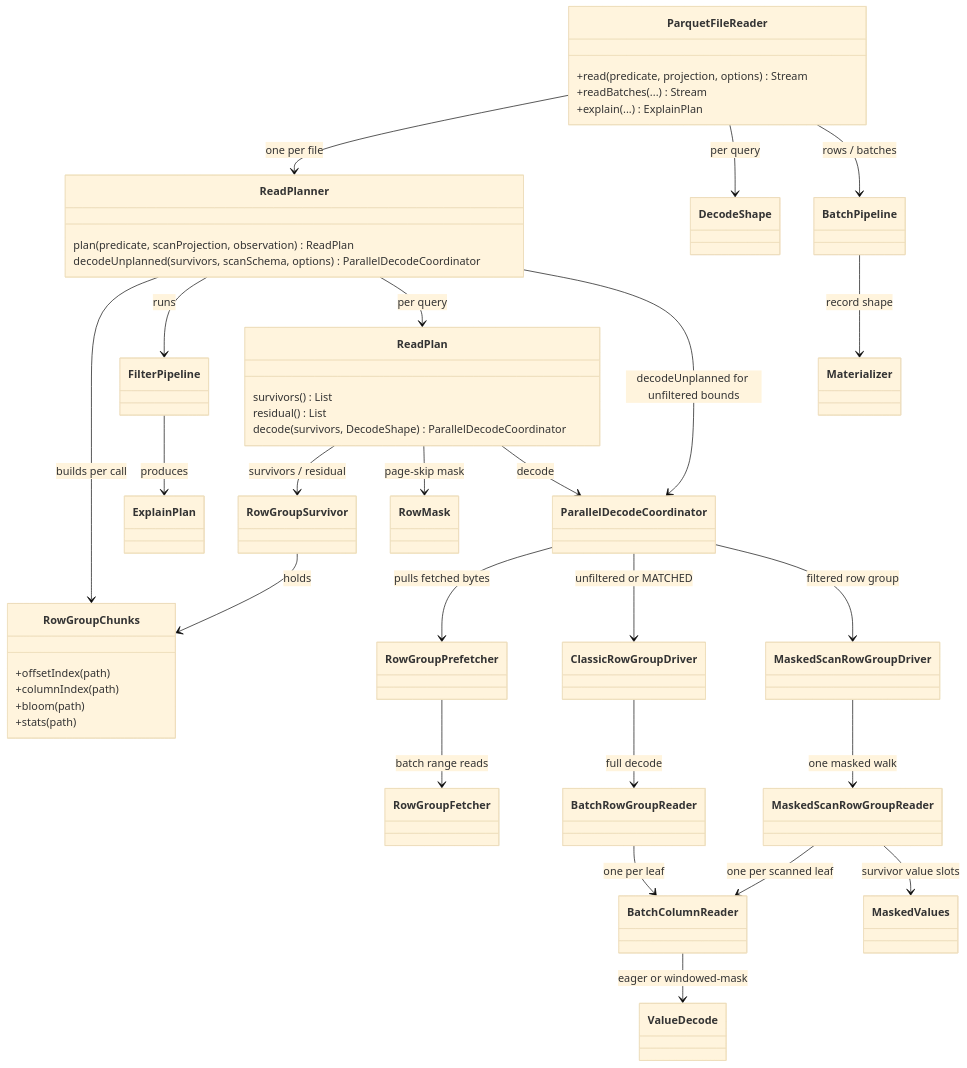
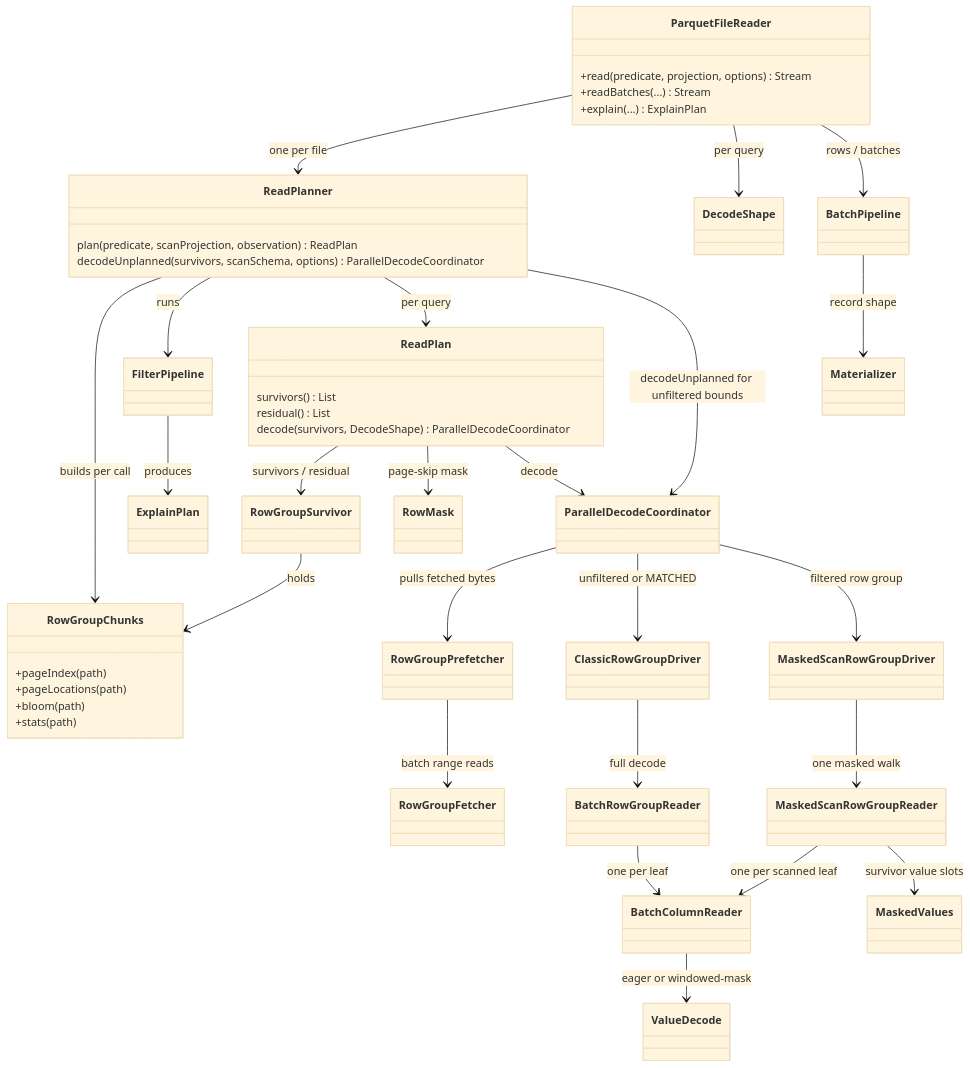
The seventh of 7 diagrams in docs/read-path.md (tileverse-io/parquetry), drawn with Mermaid (base theme) before and after one commit. The commit also changed other lines of this file and 38 other files, not shown here.

First line of the commit message:
feat: prune pages of a file without a page index from its second read

````diff
--- a/docs/read-path.md
+++ b/docs/read-path.md
@@ -351,64 +422,64 @@
 ```mermaid
 classDiagram
     class ParquetFileReader {
         +read(predicate, projection, options) Stream
         +readBatches(...) Stream
         +explain(...) ExplainPlan
     }
     class ReadPlanner {
         plan(predicate, scanProjection, observation) ReadPlan
         decodeUnplanned(survivors, scanSchema, options) ParallelDecodeCoordinator
     }
     class ReadPlan {
         survivors() List
         residual() List
         decode(survivors, DecodeShape) ParallelDecodeCoordinator
     }
     class DecodeShape
     class RowGroupChunks {
-        +offsetIndex(path)
-        +columnIndex(path)
+        +pageIndex(path)
+        +pageLocations(path)
         +bloom(path)
         +stats(path)
     }
     class FilterPipeline
     class ExplainPlan
     class RowGroupSurvivor
     class RowMask
     class ParallelDecodeCoordinator
     class RowGroupPrefetcher
     class RowGroupFetcher
     class ClassicRowGroupDriver
     class MaskedScanRowGroupDriver
     class BatchRowGroupReader
     class MaskedScanRowGroupReader
     class BatchColumnReader
     class ValueDecode
     class MaskedValues
     class BatchPipeline
     class Materializer
 
     ParquetFileReader --> ReadPlanner : one per file
     ParquetFileReader --> DecodeShape : per query
     ReadPlanner --> RowGroupChunks : builds per call
     ReadPlanner --> FilterPipeline : runs
     FilterPipeline --> ExplainPlan : produces
     ReadPlanner --> ReadPlan : per query
     ReadPlan --> RowGroupSurvivor : survivors / residual
     RowGroupSurvivor --> RowGroupChunks : holds
     ReadPlan --> RowMask : page-skip mask
     ReadPlan --> ParallelDecodeCoordinator : decode
     ReadPlanner --> ParallelDecodeCoordinator : decodeUnplanned for unfiltered bounds
     ParallelDecodeCoordinator --> RowGroupPrefetcher : pulls fetched bytes
     RowGroupPrefetcher --> RowGroupFetcher : batch range reads
     ParallelDecodeCoordinator --> ClassicRowGroupDriver : unfiltered or MATCHED
     ParallelDecodeCoordinator --> MaskedScanRowGroupDriver : filtered row group
     ClassicRowGroupDriver --> BatchRowGroupReader : full decode
     MaskedScanRowGroupDriver --> MaskedScanRowGroupReader : one masked walk
     BatchRowGroupReader --> BatchColumnReader : one per leaf
     MaskedScanRowGroupReader --> BatchColumnReader : one per scanned leaf
     MaskedScanRowGroupReader --> MaskedValues : survivor value slots
     BatchColumnReader --> ValueDecode : eager or windowed-mask
     ParquetFileReader --> BatchPipeline : rows / batches
     BatchPipeline --> Materializer : record shape
 ```
````
